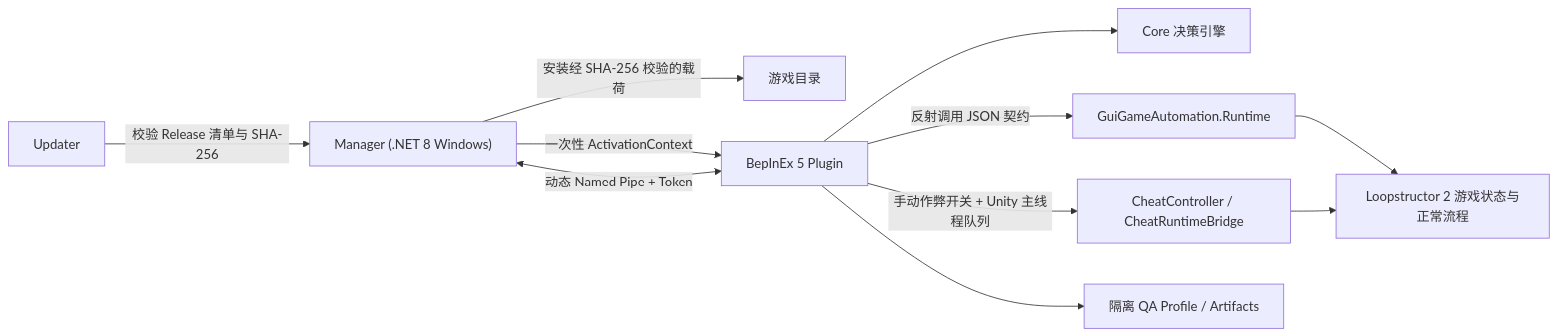
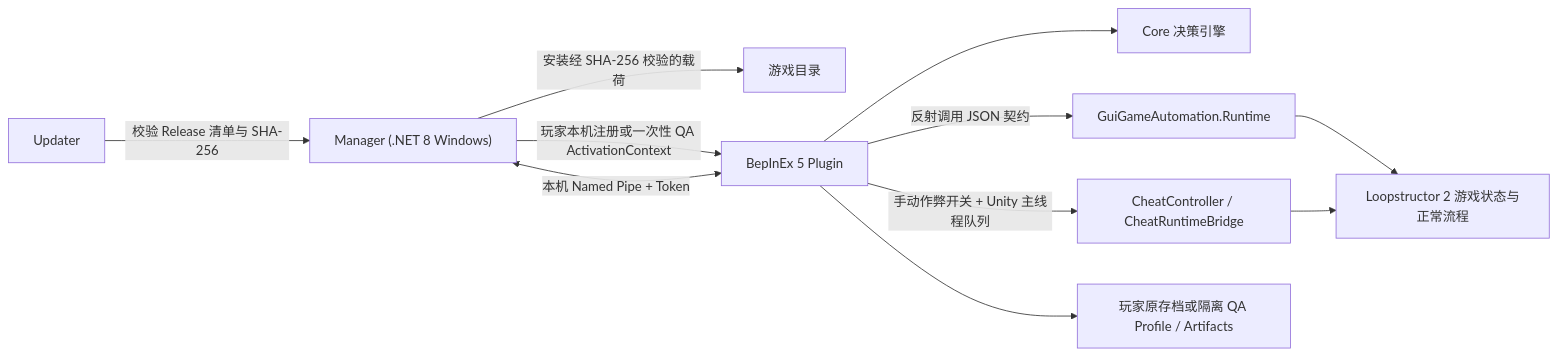
Before and after one commit to yingyu4451/Loopstructor-2-AutoPlayer: the diagram in docs/architecture.md, drawn with Mermaid. The commit also changed other lines of this file and 64 other files, not shown here.

````diff
--- a/docs/architecture.md
+++ b/docs/architecture.md
@@ -9,13 +9,13 @@
 ```mermaid
 flowchart LR
     M["Manager (.NET 8 Windows)"] -->|"安装经 SHA-256 校验的载荷"| G["游戏目录"]
-    M -->|"一次性 ActivationContext"| P["BepInEx 5 Plugin"]
-    M <-->|"动态 Named Pipe + Token"| P
+    M -->|"玩家本机注册或一次性 QA ActivationContext"| P["BepInEx 5 Plugin"]
+    M <-->|"本机 Named Pipe + Token"| P
     P --> C["Core 决策引擎"]
     P -->|"反射调用 JSON 契约"| R["GuiGameAutomation.Runtime"]
     R --> S["Loopstructor 2 游戏状态与正常流程"]
     P -->|"手动作弊开关 + Unity 主线程队列"| H["CheatController / CheatRuntimeBridge"]
     H --> S
-    P --> Q["隔离 QA Profile / Artifacts"]
+    P --> Q["玩家原存档或隔离 QA Profile / Artifacts"]
     U["Updater"] -->|"校验 Release 清单与 SHA-256"| M
 ```
````
